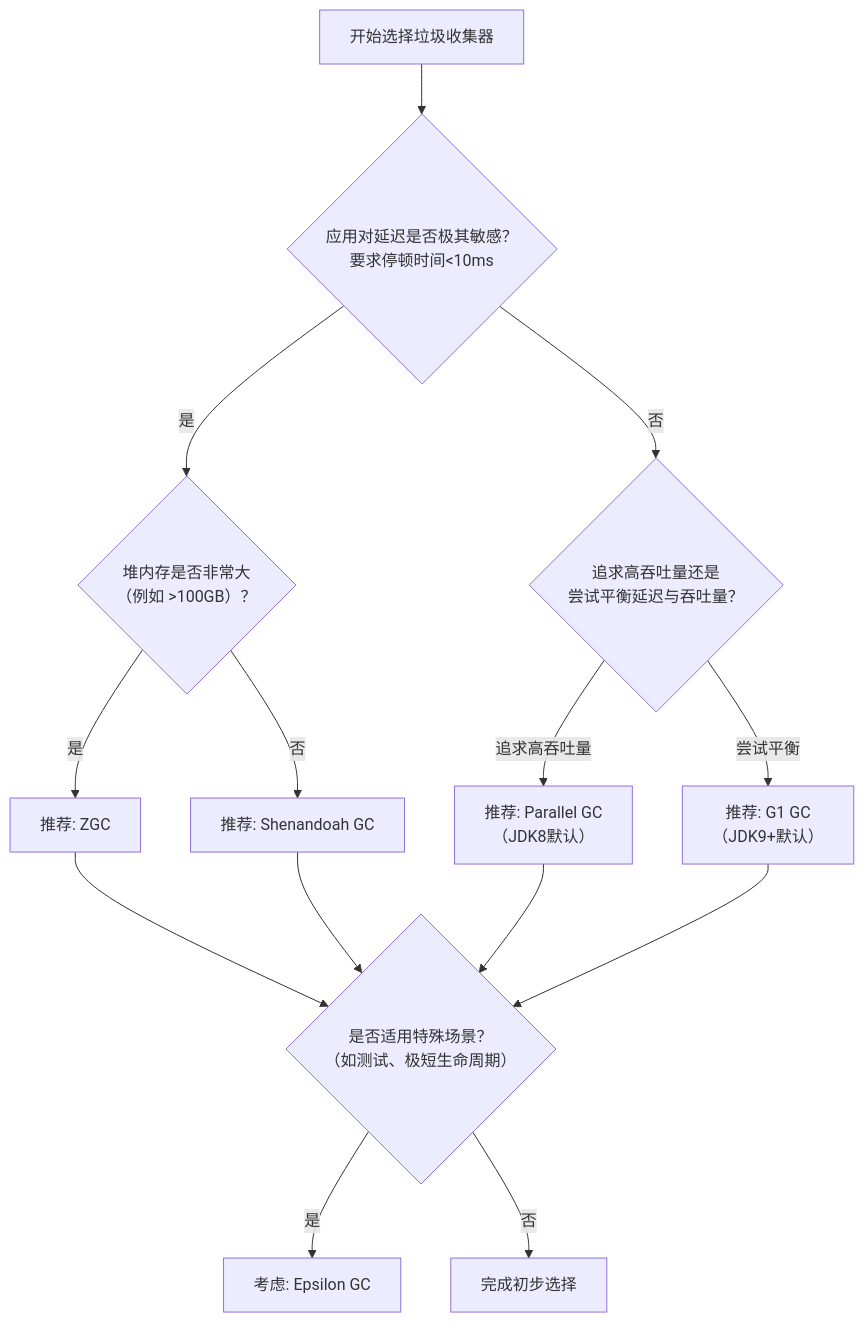
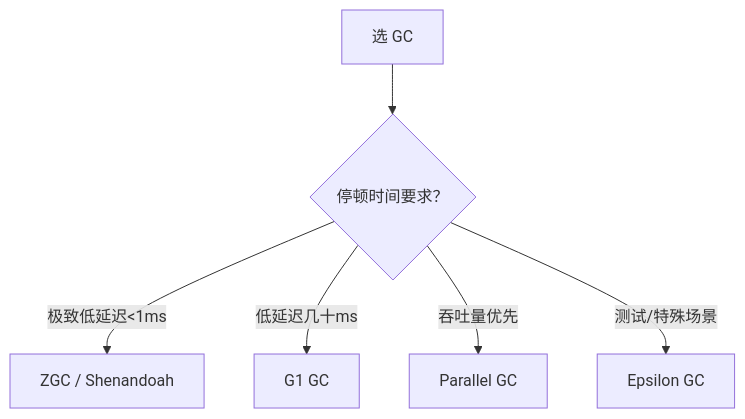
The second of 2 diagrams in 10_DevelopLanguage/001_Java/04_JavaJVMSubject/05、新一代垃圾收集器.md (zz12121/KnowledgeDevelope), drawn with Mermaid before and after one commit. The commit also changed other lines of this file and 132 other files, not shown here.

````diff
--- a/10_DevelopLanguage/001_Java/04_JavaJVMSubject/05、新一代垃圾收集器.md
+++ b/10_DevelopLanguage/001_Java/04_JavaJVMSubject/05、新一代垃圾收集器.md
@@ -54,20 +79,8 @@
 ```mermaid
 flowchart TD
-    A[开始选择垃圾收集器] --> B{应用对延迟是否极其敏感？<br>要求停顿时间<10ms}
-    B -->|是| C{堆内存是否非常大<br>（例如 >100GB）？}
-    B -->|否| D{追求高吞吐量还是<br>尝试平衡延迟与吞吐量？}
-    
-    C -->|是| E[推荐: ZGC]
-    C -->|否| F[推荐: Shenandoah GC]
-    
-    D -->|追求高吞吐量| G[推荐: Parallel GC<br>（JDK8默认）]
-    D -->|尝试平衡| H[推荐: G1 GC<br>（JDK9+默认）]
-    
-    E --> I{是否适用特殊场景？<br>（如测试、极短生命周期）}
-    F --> I
-    G --> I
-    H --> I
-    
-    I -->|是| J[考虑: Epsilon GC]
-    I -->|否| K[完成初步选择]
+    A[选 GC] --> B{停顿时间要求？}
+    B --> |极致低延迟<1ms| C[ZGC / Shenandoah]
+    B --> |低延迟几十ms| D[G1 GC]
+    B --> |吞吐量优先| E[Parallel GC]
+    B --> |测试/特殊场景| F[Epsilon GC]
 ```
````
